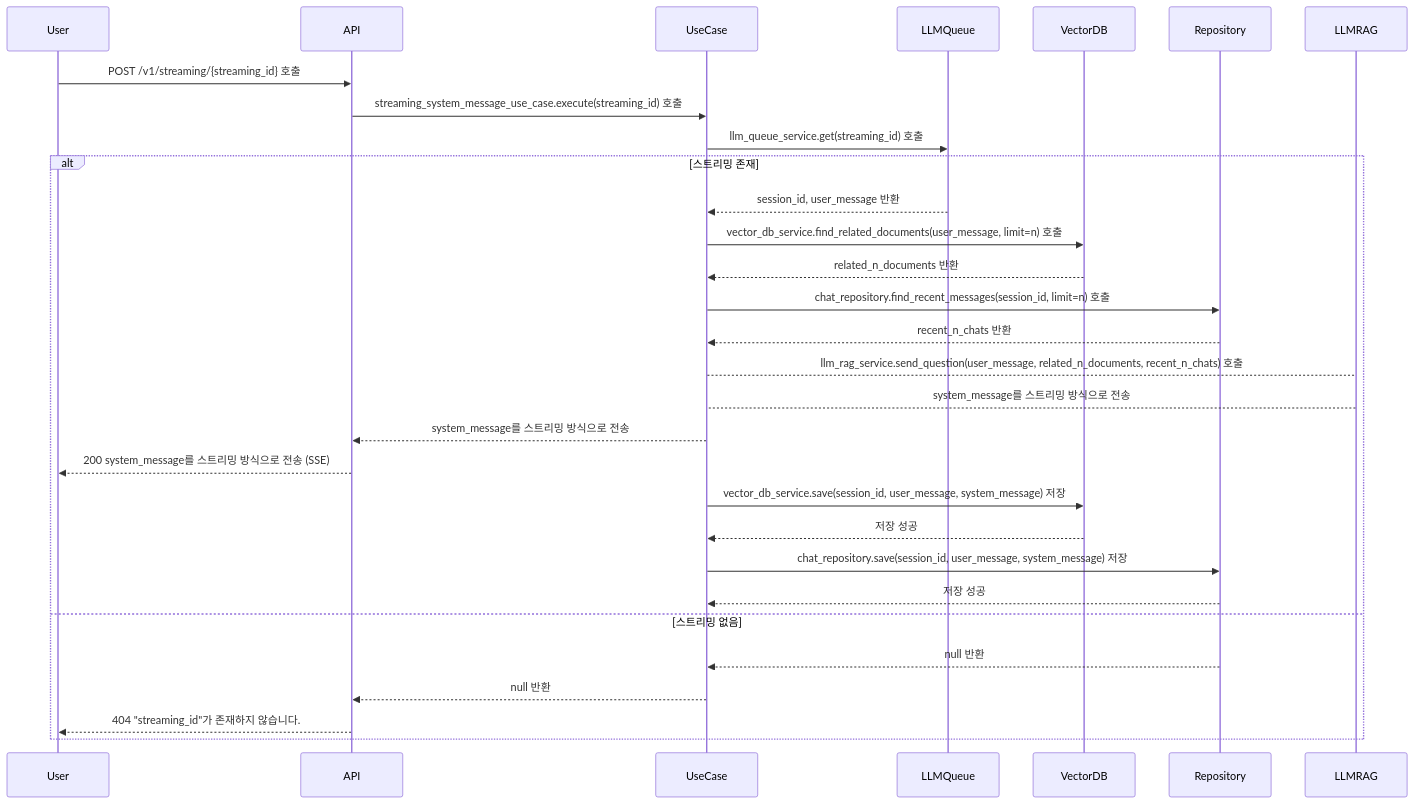
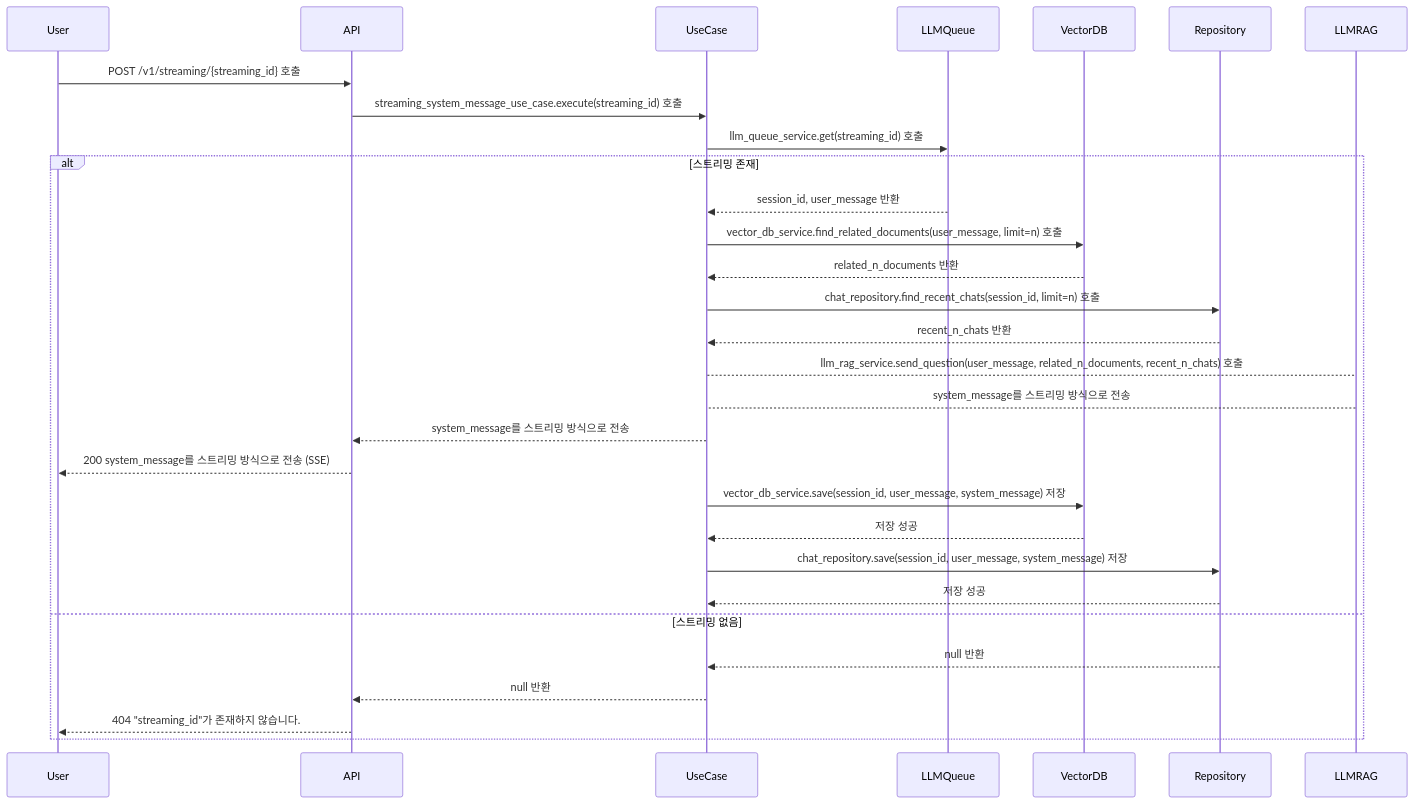
One commit to JeHwanYoo/naver-smart-store-rag-chatbot changed the fourth of 4 diagrams in README.md. Above: the diagram before and after it, drawn with Mermaid. The commit also changed 4 other files, not shown here.

````diff
--- a/README.md
+++ b/README.md
@@ -240,25 +240,25 @@
 ```mermaid
 sequenceDiagram
     User ->> API: POST /v1/streaming/{streaming_id} 호출
     API ->> UseCase: streaming_system_message_use_case.execute(streaming_id) 호출
     UseCase ->> LLMQueue: llm_queue_service.get(streaming_id) 호출
     alt 스트리밍 존재
         LLMQueue -->> UseCase: session_id, user_message 반환
         UseCase ->> VectorDB: vector_db_service.find_related_documents(user_message, limit=n) 호출
         VectorDB -->> UseCase: related_n_documents 반환
-        UseCase ->> Repository: chat_repository.find_recent_messages(session_id, limit=n) 호출
+        UseCase ->> Repository: chat_repository.find_recent_chats(session_id, limit=n) 호출
         Repository -->> UseCase: recent_n_chats 반환
         UseCase --> LLMRAG: llm_rag_service.send_question(user_message, related_n_documents, recent_n_chats) 호출
         LLMRAG --> UseCase: system_message를 스트리밍 방식으로 전송
         UseCase -->> API: system_message를 스트리밍 방식으로 전송
         API -->> User: 200 system_message를 스트리밍 방식으로 전송 (SSE)
         UseCase ->> VectorDB: vector_db_service.save(session_id, user_message, system_message) 저장
         VectorDB -->> UseCase: 저장 성공
         UseCase ->> Repository: chat_repository.save(session_id, user_message, system_message) 저장
         Repository -->> UseCase: 저장 성공
     else 스트리밍 없음
         Repository -->> UseCase: null 반환
         UseCase -->> API: null 반환
         API -->> User: 404 "streaming_id"가 존재하지 않습니다.
     end
 ```
````
